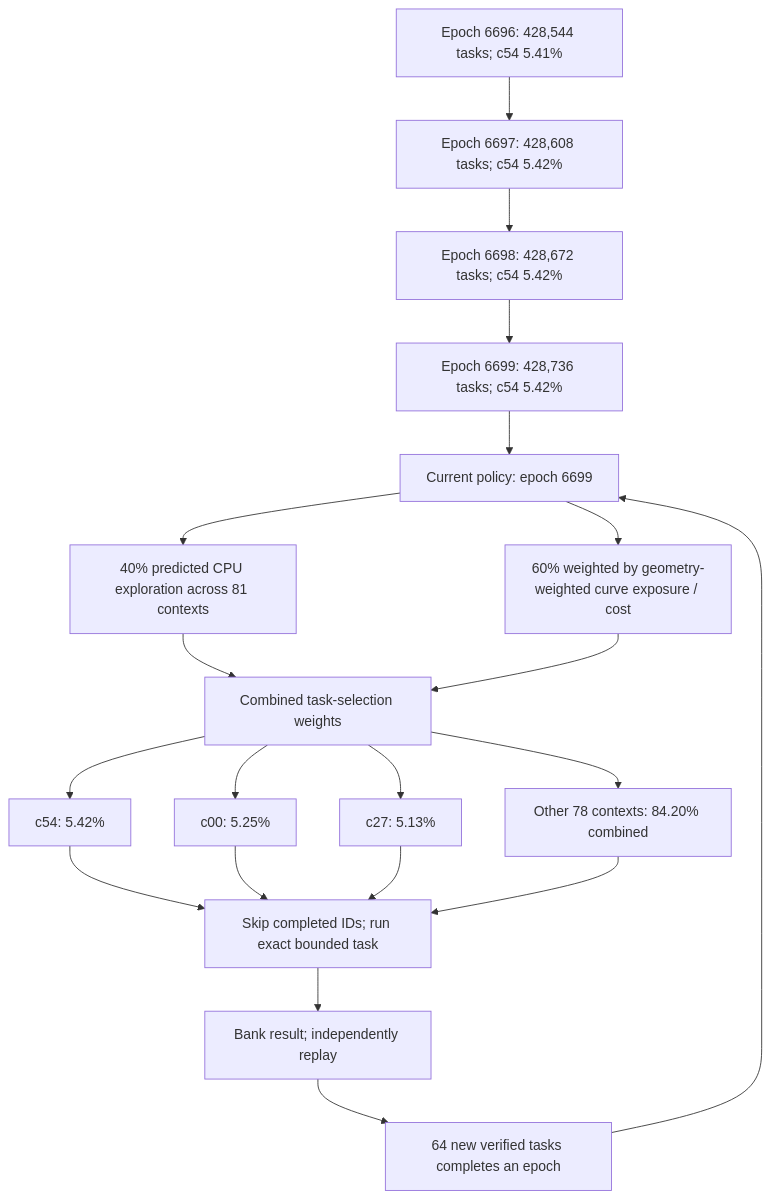
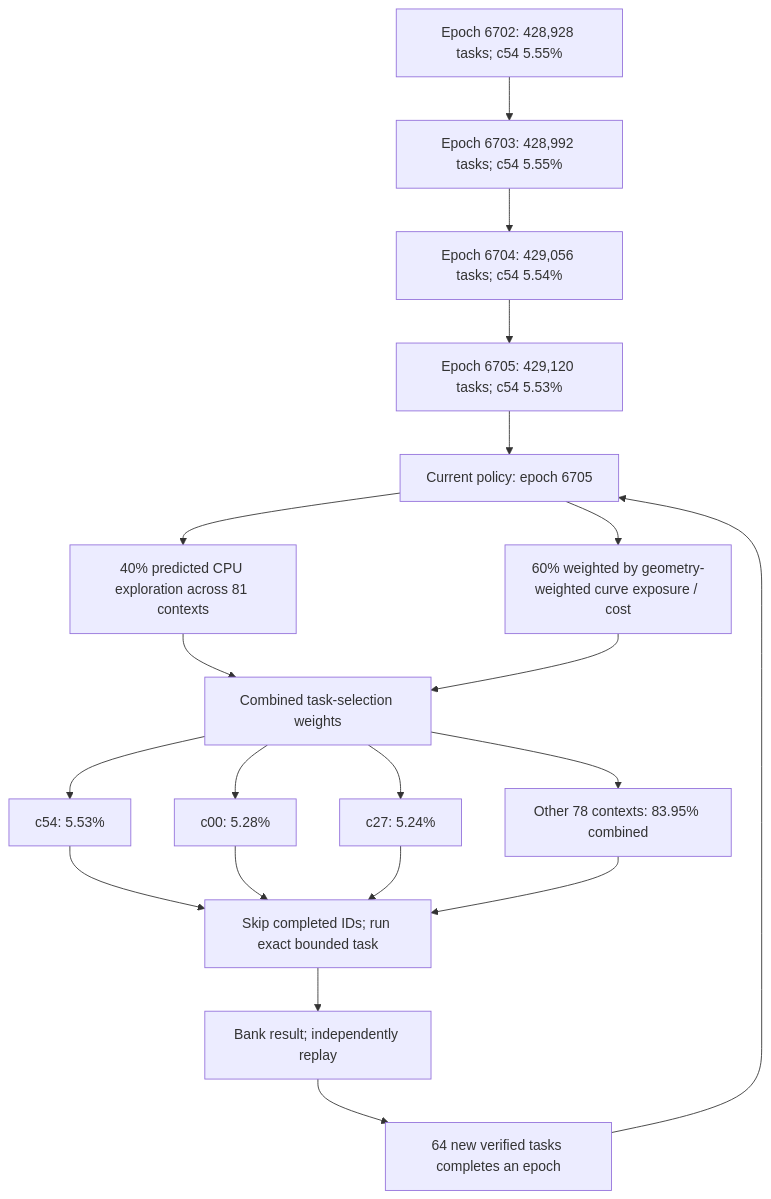
One commit to Kuberwastaken/math-gambling changed the first of 4 diagrams in README.md. Above: the diagram before and after it, drawn with Mermaid. The commit also changed other lines of this file and 1901 other files, not shown here.

````diff
--- a/README.md
+++ b/README.md
@@ -60,27 +60,27 @@
 ```mermaid
 flowchart TD
-    H0["Epoch 6696: 428,544 tasks; c54 5.41%"]
-    H1["Epoch 6697: 428,608 tasks; c54 5.42%"]
+    H0["Epoch 6702: 428,928 tasks; c54 5.55%"]
+    H1["Epoch 6703: 428,992 tasks; c54 5.55%"]
     H0 --> H1
-    H2["Epoch 6698: 428,672 tasks; c54 5.42%"]
+    H2["Epoch 6704: 429,056 tasks; c54 5.54%"]
     H1 --> H2
-    H3["Epoch 6699: 428,736 tasks; c54 5.42%"]
+    H3["Epoch 6705: 429,120 tasks; c54 5.53%"]
     H2 --> H3
-    Policy["Current policy: epoch 6699"]
+    Policy["Current policy: epoch 6705"]
     H3 --> Policy
     Policy --> Explore["40% predicted CPU exploration across 81 contexts"]
     Policy --> Cost["60% weighted by geometry-weighted curve exposure / cost"]
     Explore --> Mix["Combined task-selection weights"]
     Cost --> Mix
-    Mix --> C0["c54: 5.42%"]
-    Mix --> C1["c00: 5.25%"]
-    Mix --> C2["c27: 5.13%"]
-    Mix --> Rest["Other 78 contexts: 84.20% combined"]
+    Mix --> C0["c54: 5.53%"]
+    Mix --> C1["c00: 5.28%"]
+    Mix --> C2["c27: 5.24%"]
+    Mix --> Rest["Other 78 contexts: 83.95% combined"]
     C0 --> Check["Skip completed IDs; run exact bounded task"]
     C1 --> Check
     C2 --> Check
     Rest --> Check
     Check --> Replay["Bank result; independently replay"]
     Replay --> Gate["64 new verified tasks completes an epoch"]
     Gate --> Policy
 ```
````
